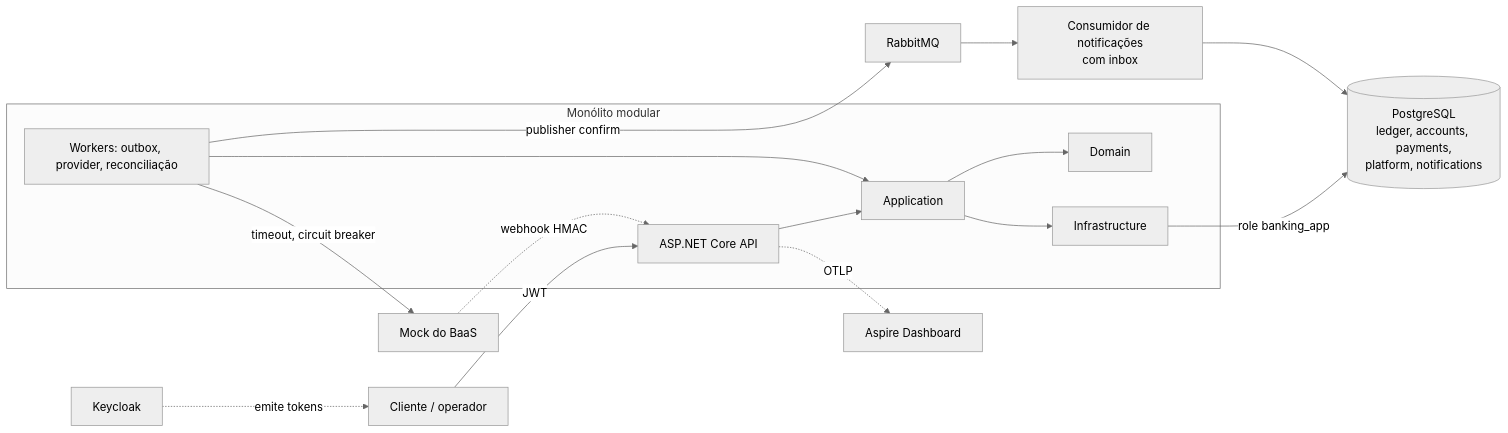
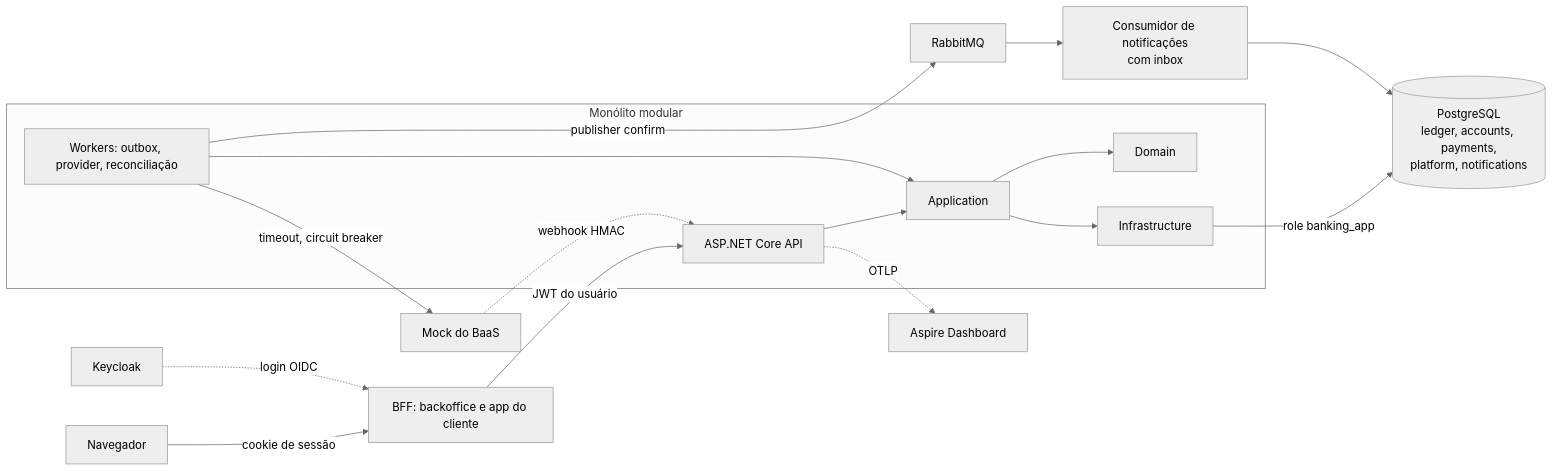
One commit to Gustavo-Marques19/banking-core changed the diagram in README.md. Above: the diagram before and after it, drawn with Mermaid (neutral theme). The commit also changed other lines of this file and 91 other files, not shown here.

First line of the commit message:
feat: F4, app do cliente

````diff
--- a/README.md
+++ b/README.md
@@ -26,17 +28,18 @@
 ```mermaid
 flowchart LR
-    Client[Cliente / operador] -->|JWT| API
-    KC[Keycloak] -. emite tokens .-> Client
+    Browser[Navegador] -->|cookie de sessão| BFF[BFF: backoffice e app do cliente]
+    BFF -->|JWT do usuário| API
+    KC[Keycloak] -. login OIDC .-> BFF
     subgraph Monólito modular
         API[ASP.NET Core API] --> App[Application]
         App --> Domain
         App --> Infra[Infrastructure]
         Workers[Workers: outbox, provider, reconciliação] --> App
     end
     Infra -->|role banking_app| PG[(PostgreSQL<br/>ledger, accounts, payments,<br/>platform, notifications)]
     Workers -->|publisher confirm| MQ[RabbitMQ]
     MQ --> Consumer[Consumidor de notificações<br/>com inbox] --> PG
     Workers -->|timeout, circuit breaker| Provider[Mock do BaaS]
     Provider -. webhook HMAC .-> API
     API -. OTLP .-> Aspire[Aspire Dashboard]
 ```
````
